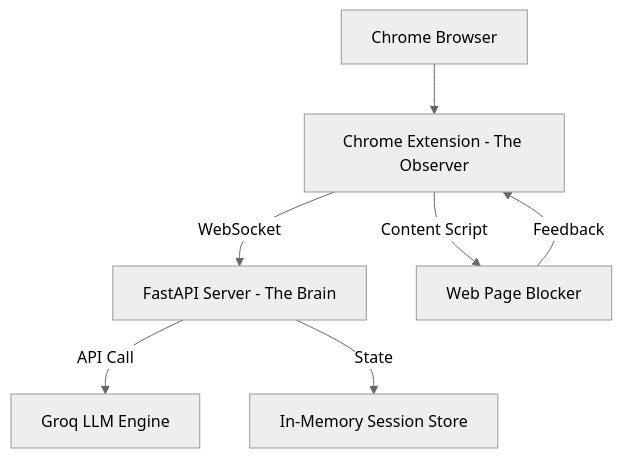
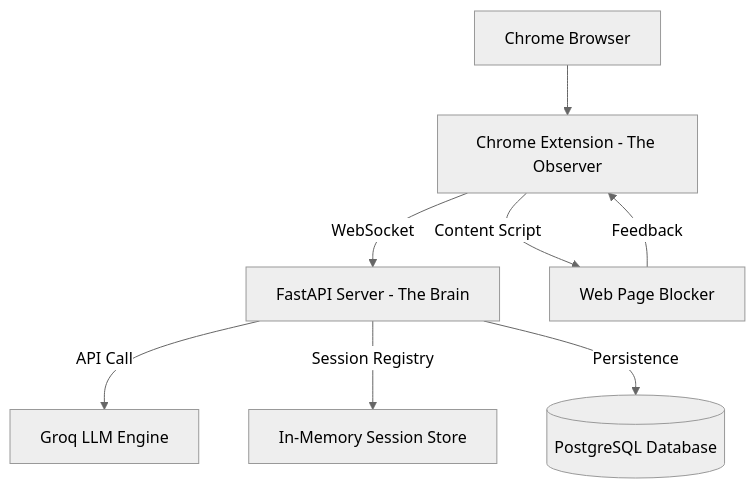
One commit to focusflowmini/FocusFlow.ai changed the diagram in docs/architecture.md. Above: the diagram before and after it, drawn with Mermaid (neutral theme). The commit also changed other lines of this file and 3 other files, not shown here.

````diff
--- a/docs/architecture.md
+++ b/docs/architecture.md
@@ -6,9 +6,10 @@
 ```mermaid
 graph TD
     A[Chrome Browser] --> B[Chrome Extension - The Observer]
     B -->|WebSocket| C[FastAPI Server - The Brain]
     C -->|API Call| D[Groq LLM Engine]
-    C -->|State| E[In-Memory Session Store]
+    C -->|Session Registry| E[In-Memory Session Store]
+    C -->|Persistence| G[(PostgreSQL Database)]
     B -->|Content Script| F[Web Page Blocker]
     F -->|Feedback| B
 ```
````
